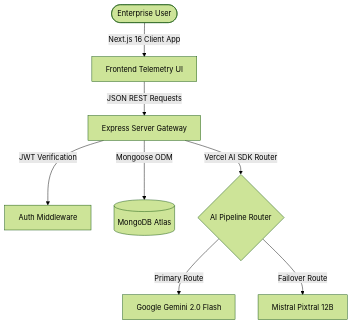
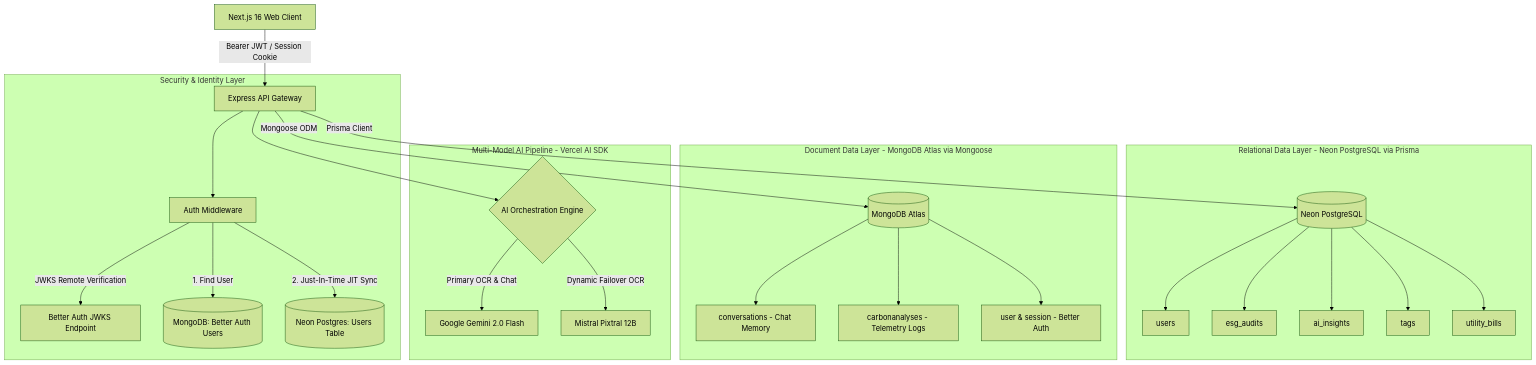
The diagram in README.md (saikot05/greenpulse-server), drawn with Mermaid (forest theme) before and after one commit. The commit also changed other lines of this file and 1 other file, not shown here.

Commit message:
docs: rewrite README with hybrid MongoDB + Neon architecture, remove .env.example

````diff
--- a/README.md
+++ b/README.md
@@ -18,10 +22,33 @@
 ```mermaid
 graph TD
-    User([Enterprise User]) -->|Next.js 16 Client App| FE[Frontend Telemetry UI]
-    FE -->|JSON REST Requests| BE[Express Server Gateway]
-    BE -->|JWT Verification| Auth[Auth Middleware]
-    BE -->|Mongoose ODM| DB[(MongoDB Atlas)]
-    BE -->|Vercel AI SDK Router| LLM{AI Pipeline Router}
-    LLM -->|Primary Route| Gemini[Google Gemini 2.0 Flash]
-    LLM -->|Failover Route| Mistral[Mistral Pixtral 12B]
+    Client[Next.js 16 Web Client] -->|Bearer JWT / Session Cookie| Gateway[Express API Gateway]
+    
+    subgraph Security & Identity Layer
+        Gateway --> AuthMW[Auth Middleware]
+        AuthMW -->|JWKS Remote Verification| JWKS[Better Auth JWKS Endpoint]
+        AuthMW -->|1. Find User| MongoUser[(MongoDB: Better Auth Users)]
+        AuthMW -->|2. Just-In-Time JIT Sync| NeonUser[(Neon Postgres: Users Table)]
+    end
+
+    subgraph Relational Data Layer - Neon PostgreSQL via Prisma
+        Gateway -->|Prisma Client| NeonDB[(Neon PostgreSQL)]
+        NeonDB --> T1[users]
+        NeonDB --> T2[esg_audits]
+        NeonDB --> T3[ai_insights]
+        NeonDB --> T4[tags]
+        NeonDB --> T5[utility_bills]
+    end
+
+    subgraph Document Data Layer - MongoDB Atlas via Mongoose
+        Gateway -->|Mongoose ODM| AtlasDB[(MongoDB Atlas)]
+        AtlasDB --> C1[conversations - Chat Memory]
+        AtlasDB --> C2[carbonanalyses - Telemetry Logs]
+        AtlasDB --> C3[user & session - Better Auth]
+    end
+
+    subgraph Multi-Model AI Pipeline - Vercel AI SDK
+        Gateway --> AIRouter{AI Orchestration Engine}
+        AIRouter -->|Primary OCR & Chat| Gemini[Google Gemini 2.0 Flash]
+        AIRouter -->|Dynamic Failover OCR| Pixtral[Mistral Pixtral 12B]
+    end
 ```
````
